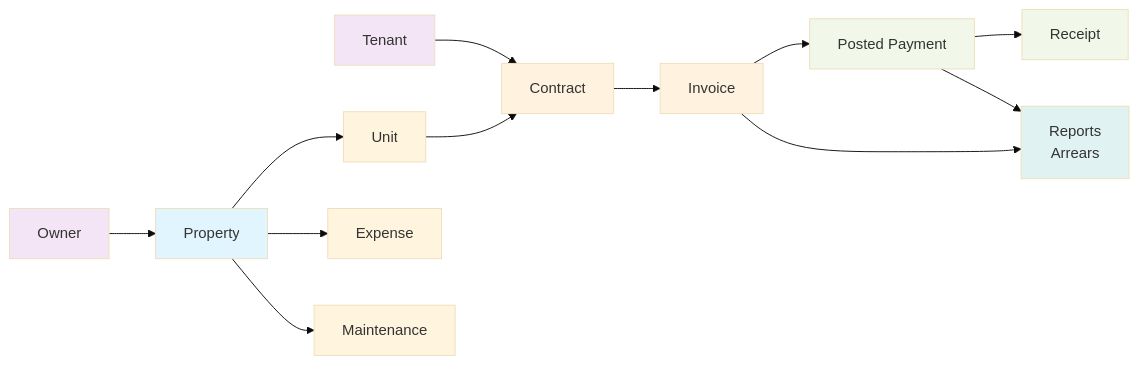
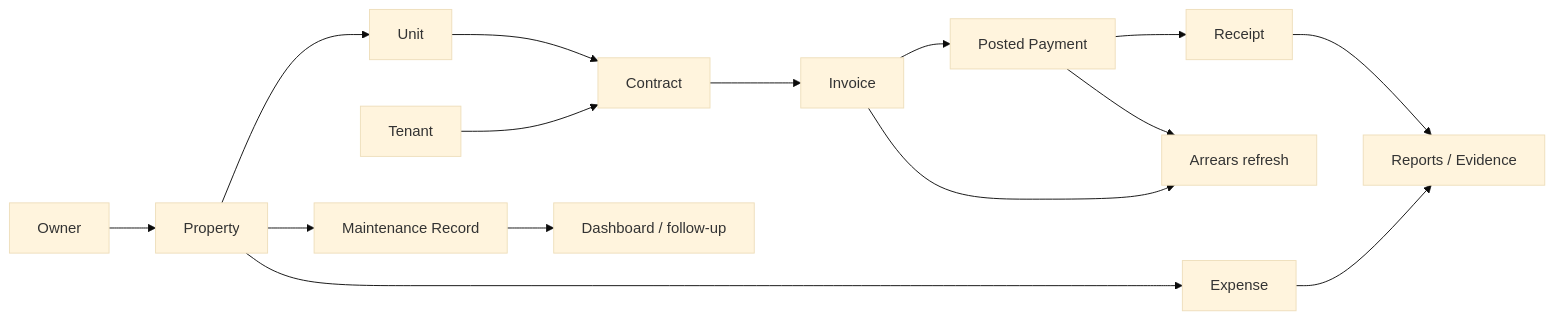
Before and after one commit to mohamedmasoud3030-tech/rentrixxx: the second of 2 diagrams in docs/FINAL_PRODUCT_BLUEPRINT.md, drawn with Mermaid (base theme). The commit also changed other lines of this file, not shown here.

````diff
--- a/docs/FINAL_PRODUCT_BLUEPRINT.md
+++ b/docs/FINAL_PRODUCT_BLUEPRINT.md
@@ -112,35 +132,20 @@
 ```mermaid
-graph LR
-  P["Property"]
-  U["Unit"]
-  T["Tenant"]
-  C["Contract"]
-  I["Invoice"]
-  Pay["Posted Payment"]
-  R["Receipt"]
-  O["Owner"]
-  E["Expense"]
-  M["Maintenance"]
-  Reports["Reports<br/>Arrears"]
-  
-  P --> U
-  P --> E
-  P --> M
-  T --> C
-  O --> P
-  U --> C
-  C --> I
-  I --> Pay
-  Pay --> R
-  Pay --> Reports
-  I --> Reports
-  
-  style P fill:#e1f5ff
-  style T fill:#f3e5f5
-  style O fill:#f3e5f5
-  style C fill:#fff3e0
-  style I fill:#fff3e0
-  style Pay fill:#f1f8e9
-  style R fill:#f1f8e9
-  style Reports fill:#e0f2f1
+flowchart LR
+  Property["Property"] --> Unit["Unit"]
+  Unit --> Contract["Contract"]
+  Tenant["Tenant"] --> Contract
+  Owner["Owner"] --> Property
+
+  Contract --> Invoice["Invoice"]
+  Invoice --> Payment["Posted Payment"]
+  Payment --> Receipt["Receipt"]
+
+  Receipt --> Reports["Reports / Evidence"]
+  Payment --> Arrears["Arrears refresh"]
+  Invoice --> Arrears
+
+  Property --> Expense["Expense"]
+  Property --> Maintenance["Maintenance Record"]
+  Expense --> Reports
+  Maintenance --> Dashboard["Dashboard / follow-up"]
 ```
````
